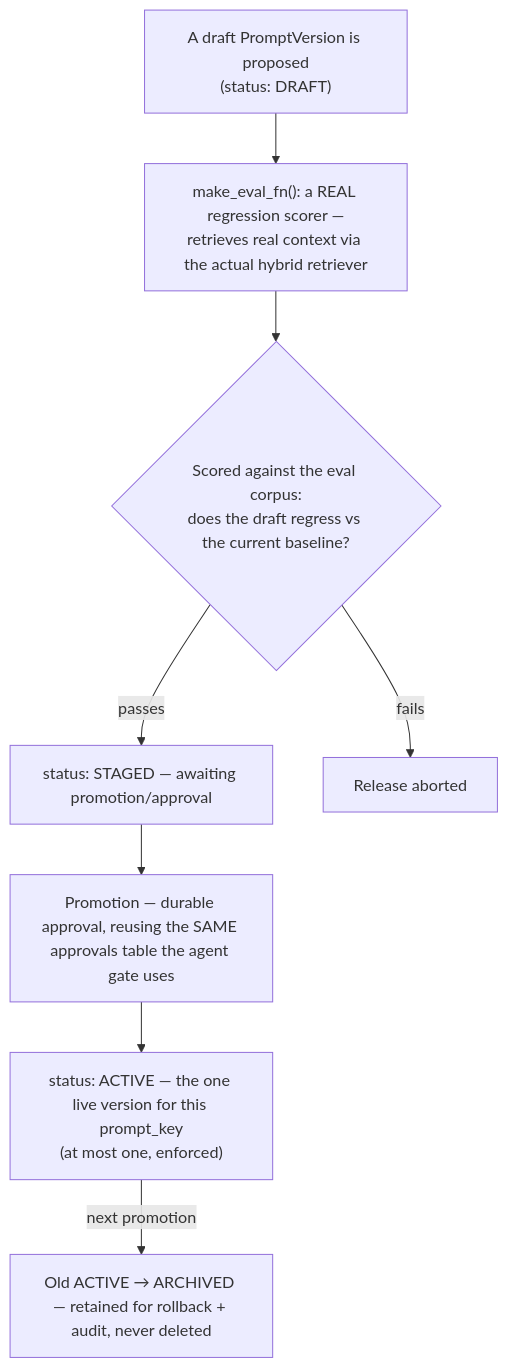
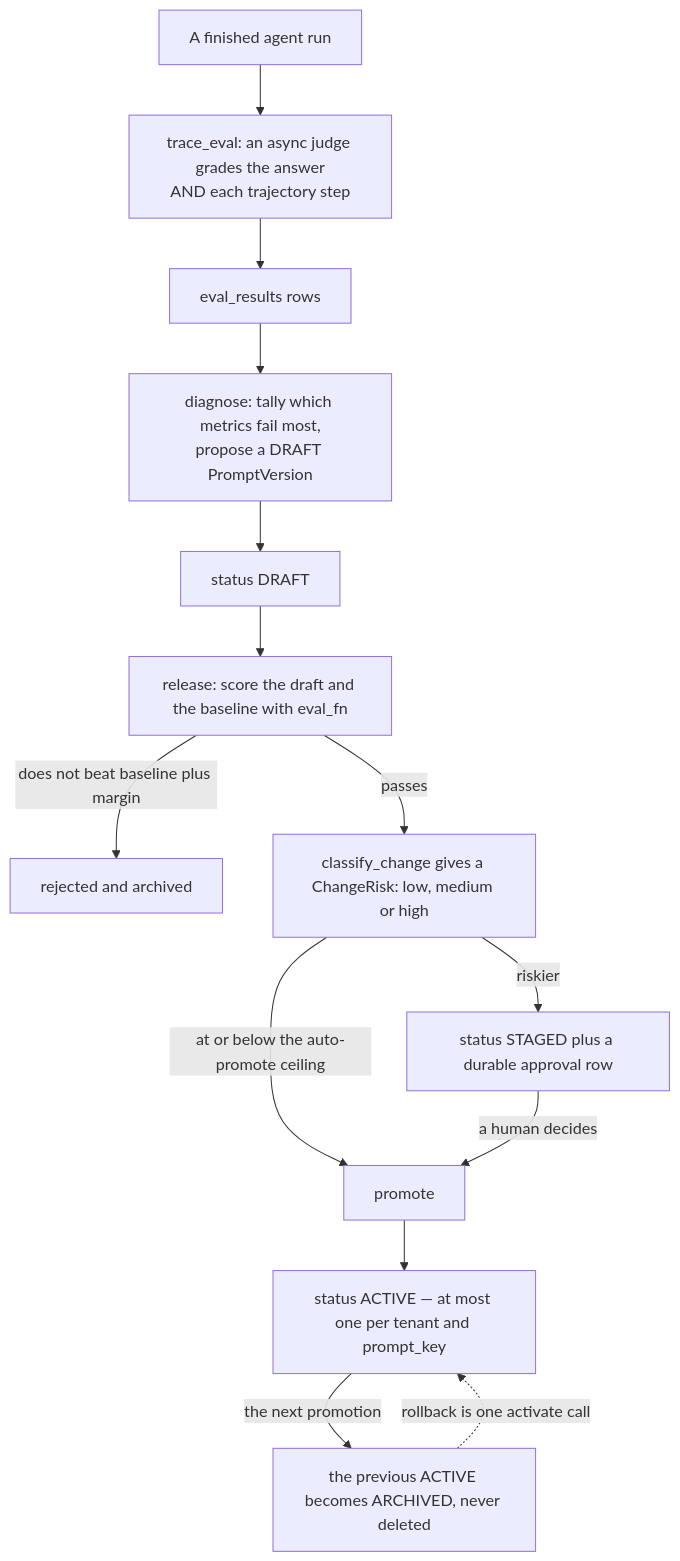
One commit to yrevash/aegis changed the diagram in docs/teaching/ops.md. Above: the diagram before and after it, drawn with Mermaid. The commit also changed other lines of this file and 29 other files, not shown here.

````diff
--- a/docs/teaching/ops.md
+++ b/docs/teaching/ops.md
@@ -25,10 +20,16 @@
 ```mermaid
 flowchart TD
-    A["A draft PromptVersion is proposed<br/>(status: DRAFT)"] --> B["make_eval_fn(): a REAL regression scorer —<br/>retrieves real context via the actual hybrid retriever"]
-    B --> C{"Scored against the eval corpus:<br/>does the draft regress vs the current baseline?"}
-    C -->|passes| D["status: STAGED — awaiting promotion/approval"]
-    C -->|fails| REJECT[Release aborted]
-    D --> E["Promotion — durable approval, reusing the SAME approvals table the agent gate uses"]
-    E --> F["status: ACTIVE — the one live version for this prompt_key<br/>(at most one, enforced)"]
-    F -->|next promotion| G["Old ACTIVE → ARCHIVED — retained for rollback + audit, never deleted"]
+    RUN["A finished agent run"] --> TE["trace_eval: an async judge grades the answer<br/>AND each trajectory step"]
+    TE --> ER["eval_results rows"]
+    ER --> DG["diagnose: tally which metrics fail most,<br/>propose a DRAFT PromptVersion"]
+    DG --> DR["status DRAFT"]
+    DR --> GATE["release: score the draft and the baseline with eval_fn"]
+    GATE -->|does not beat baseline plus margin| REJ["rejected and archived"]
+    GATE -->|passes| CR["classify_change gives a ChangeRisk: low, medium or high"]
+    CR -->|"at or below the auto-promote ceiling"| PROM["promote"]
+    CR -->|riskier| STG["status STAGED plus a durable approval row"]
+    STG -->|a human decides| PROM
+    PROM --> ACT["status ACTIVE — at most one per tenant and prompt_key"]
+    ACT -->|the next promotion| ARCH["the previous ACTIVE becomes ARCHIVED, never deleted"]
+    ARCH -.->|rollback is one activate call| ACT
 ```
````
